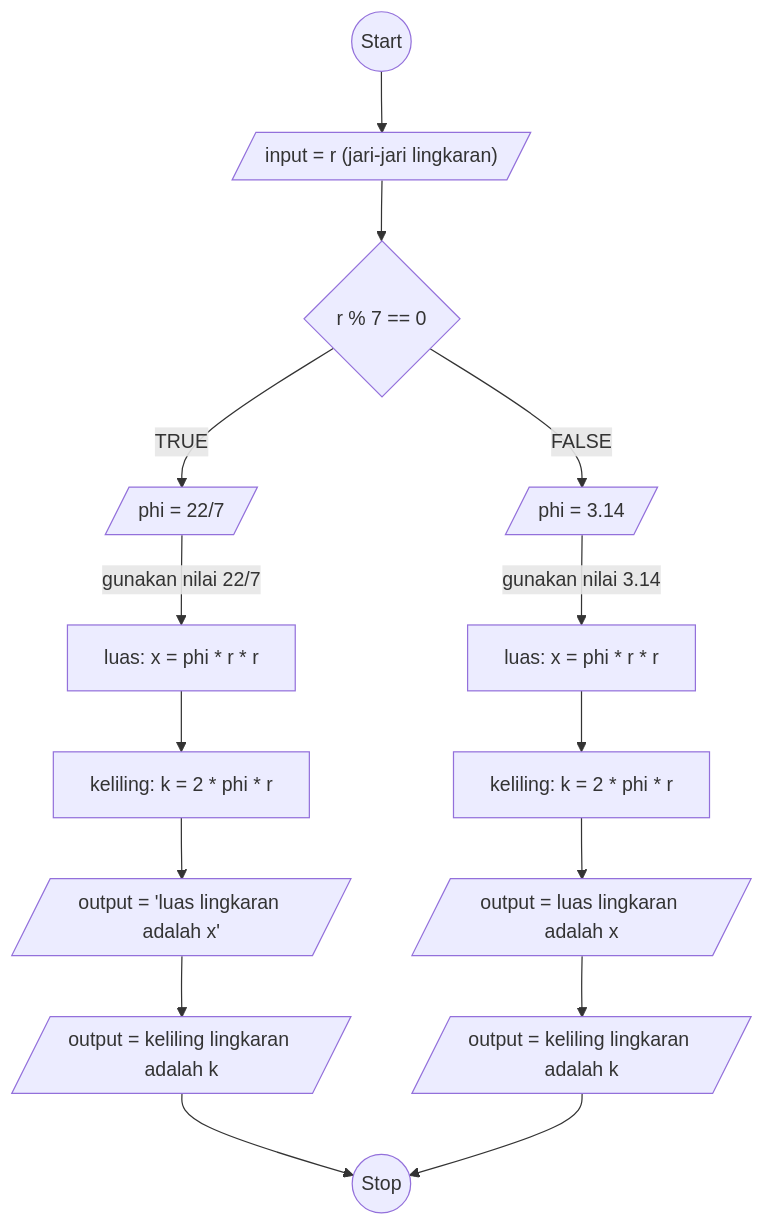
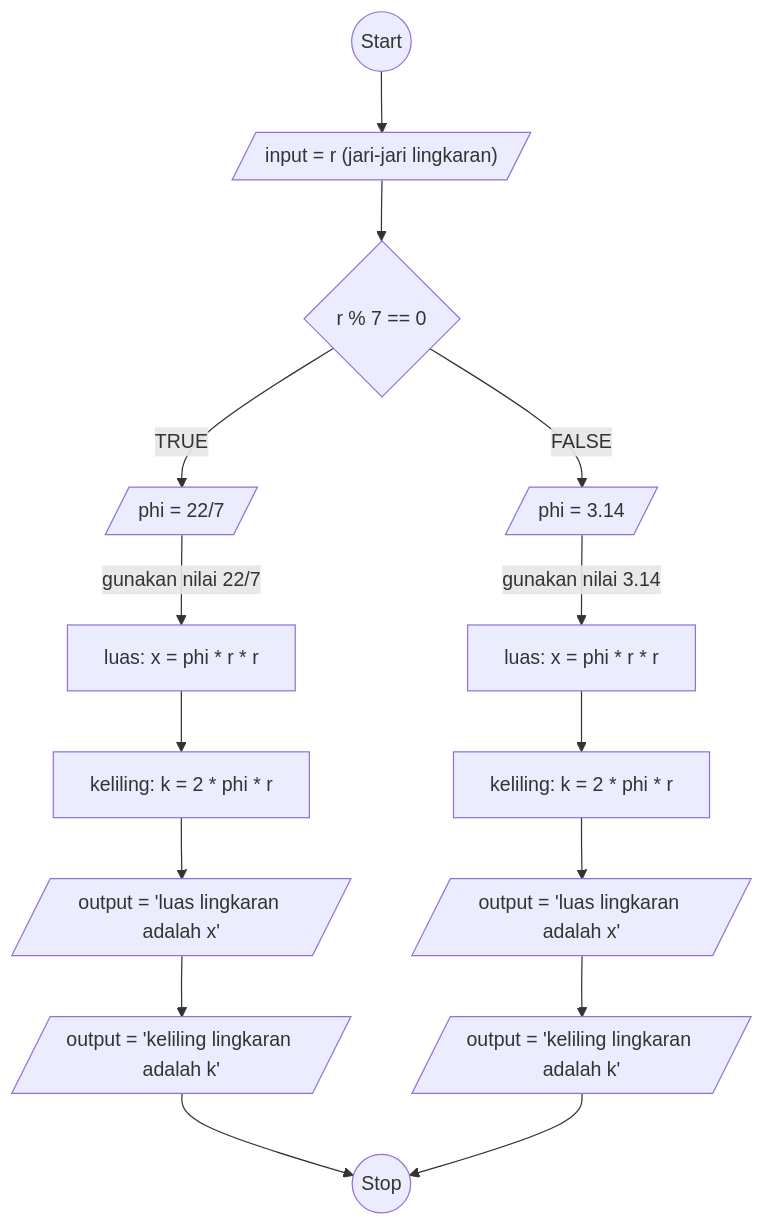
The diagram in flowchart-luas-dan-keliling-lingkaran.md (makarim22/koda-b6-algoritma), drawn with Mermaid before and after one commit. The commit also changed other lines of this file, not shown here.

````diff
--- a/flowchart-luas-dan-keliling-lingkaran.md
+++ b/flowchart-luas-dan-keliling-lingkaran.md
@@ -1,29 +1,29 @@
 ```mermaid
 flowchart TD
  A@{ shape: circle, label: "Start" } --> B
 
  B@{ shape: lean-r, label: "input = r (jari-jari lingkaran)"} --> C
 
  C@{ shape: diamond, label: "r % 7 == 0"}
 
  C -- TRUE --> E
 
  C -- FALSE --> F
 
  E@{ shape: lean-r, label: "phi = 22/7"} --> |gunakan nilai 22/7| G 
  F@{ shape: lean-r, label: "phi = 3.14"} --> |gunakan nilai 3.14| H
 
  G@{ shape: rect, label: "luas: x = phi * r * r"} --> A1
  H@{ shape: rect, label: "luas: x = phi * r * r"} --> B1
 
  A1@{ shape: rect, label: "keliling: k = 2 * phi * r"} --> L
  B1@{ shape: rect, label: "keliling: k = 2 * phi * r"} --> M
 
  L@{ shape: lean-r, label: "output = 'luas lingkaran adalah x'"} --> O
- M@{ shape: lean-r, label: "output = luas lingkaran adalah x"} --> P
+ M@{ shape: lean-r, label: "output = 'luas lingkaran adalah x'"} --> P
 
- O@{ shape: lean-r, label: "output = keliling lingkaran adalah k"} --> Z
- P@{ shape: lean-r, label: "output = keliling lingkaran adalah k"} --> Z
+ O@{ shape: lean-r, label: "output = 'keliling lingkaran adalah k'"} --> Z
+ P@{ shape: lean-r, label: "output = 'keliling lingkaran adalah k'"} --> Z
 
  Z@{ shape: circle, label: "Stop" } 
 ```
````
